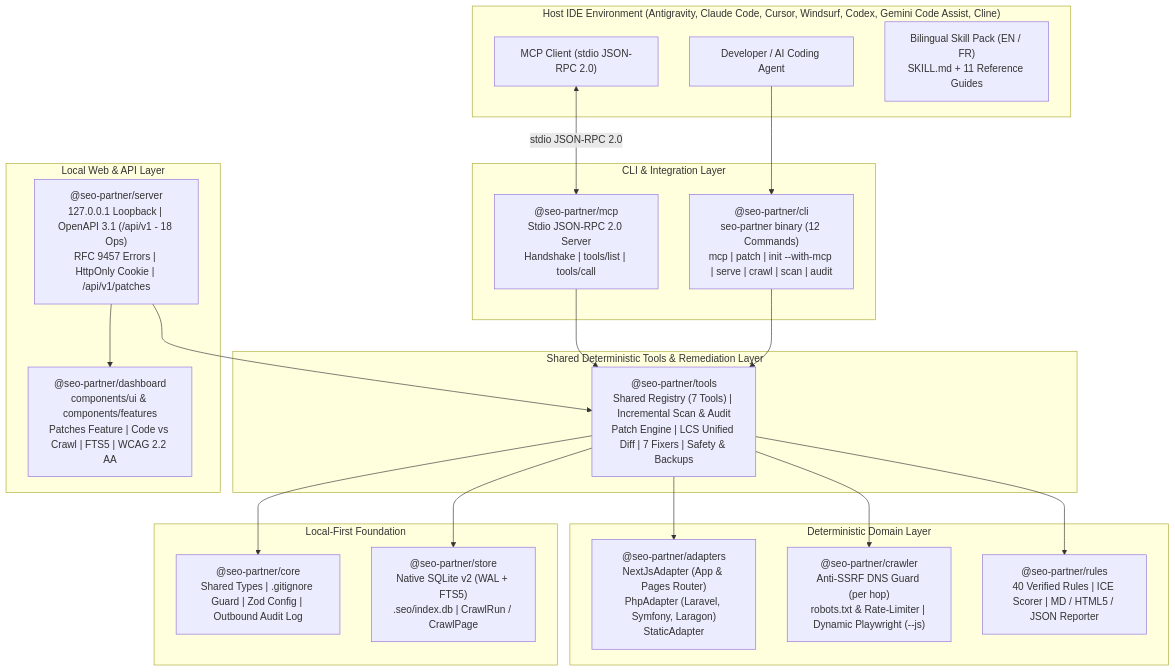
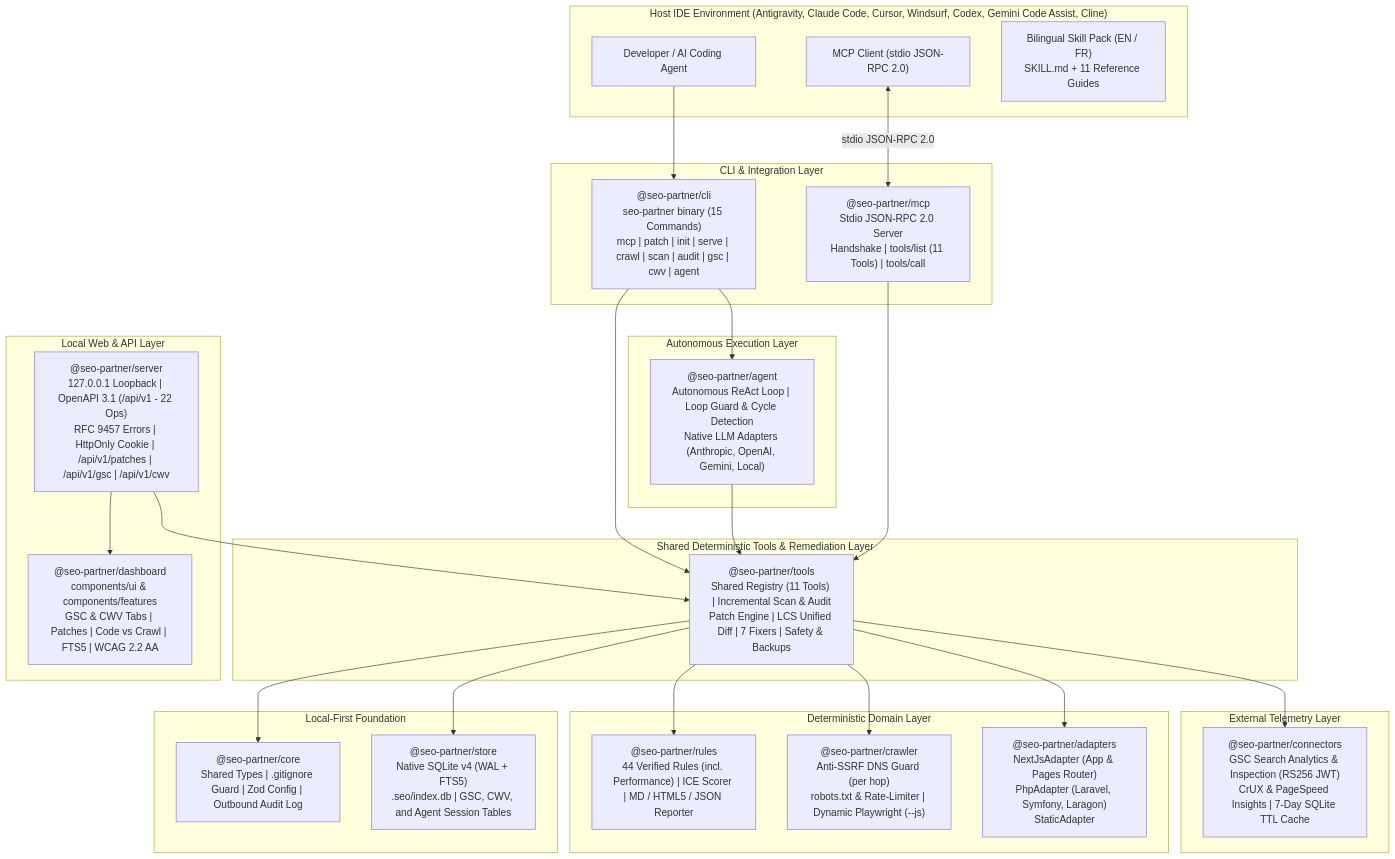
Before and after one commit to Firinze/seo-partner: the diagram in README.md, drawn with Mermaid. The commit also changed other lines of this file and 67 other files, not shown here.

Commit message:
feat(v0.6): Google Search Console, Core Web Vitals connectors, and autonomous agent loop

````diff
--- a/README.md
+++ b/README.md
@@ -70,45 +74,56 @@
 ```mermaid
 flowchart TB
   subgraph IDE["Host IDE Environment (Antigravity, Claude Code, Cursor, Windsurf, Codex, Gemini Code Assist, Cline)"]
     DEV["Developer / AI Coding Agent"]
     MCP_CLIENT["MCP Client (stdio JSON-RPC 2.0)"]
     SKILL["Bilingual Skill Pack (EN / FR)\nSKILL.md + 11 Reference Guides"]
   end
 
   subgraph CLI_LAYER["CLI & Integration Layer"]
-    CLI["@seo-partner/cli\nseo-partner binary (12 Commands)\nmcp | patch | init --with-mcp | serve | crawl | scan | audit"]
-    MCP_PKG["@seo-partner/mcp\nStdio JSON-RPC 2.0 Server\nHandshake | tools/list | tools/call"]
+    CLI["@seo-partner/cli\nseo-partner binary (15 Commands)\nmcp | patch | init | serve | crawl | scan | audit | gsc | cwv | agent"]
+    MCP_PKG["@seo-partner/mcp\nStdio JSON-RPC 2.0 Server\nHandshake | tools/list (11 Tools) | tools/call"]
+  end
+
+  subgraph AGENT_LAYER["Autonomous Execution Layer"]
+    AGENT["@seo-partner/agent\nAutonomous ReAct Loop | Loop Guard & Cycle Detection\nNative LLM Adapters (Anthropic, OpenAI, Gemini, Local)"]
   end
 
   subgraph TOOLS_LAYER["Shared Deterministic Tools & Remediation Layer"]
-    TOOLS["@seo-partner/tools\nShared Registry (7 Tools) | Incremental Scan & Audit\nPatch Engine | LCS Unified Diff | 7 Fixers | Safety & Backups"]
+    TOOLS["@seo-partner/tools\nShared Registry (11 Tools) | Incremental Scan & Audit\nPatch Engine | LCS Unified Diff | 7 Fixers | Safety & Backups"]
+  end
+
+  subgraph CONNECTORS_LAYER["External Telemetry Layer"]
+    CONNECTORS["@seo-partner/connectors\nGSC Search Analytics & Inspection (RS256 JWT)\nCrUX & PageSpeed Insights | 7-Day SQLite TTL Cache"]
   end
 
   subgraph WEB_LAYER["Local Web & API Layer"]
-    SERVER["@seo-partner/server\n127.0.0.1 Loopback | OpenAPI 3.1 (/api/v1 - 18 Ops)\nRFC 9457 Errors | HttpOnly Cookie | /api/v1/patches"]
-    DASHBOARD["@seo-partner/dashboard\ncomponents/ui & components/features\nPatches Feature | Code vs Crawl | FTS5 | WCAG 2.2 AA"]
+    SERVER["@seo-partner/server\n127.0.0.1 Loopback | OpenAPI 3.1 (/api/v1 - 22 Ops)\nRFC 9457 Errors | HttpOnly Cookie | /api/v1/patches | /api/v1/gsc | /api/v1/cwv"]
+    DASHBOARD["@seo-partner/dashboard\ncomponents/ui & components/features\nGSC & CWV Tabs | Patches | Code vs Crawl | FTS5 | WCAG 2.2 AA"]
   end
 
   subgraph ENGINE_LAYER["Deterministic Domain Layer"]
     ADAPTERS["@seo-partner/adapters\nNextJsAdapter (App & Pages Router)\nPhpAdapter (Laravel, Symfony, Laragon)\nStaticAdapter"]
     CRAWLER["@seo-partner/crawler\nAnti-SSRF DNS Guard (per hop)\nrobots.txt & Rate-Limiter | Dynamic Playwright (--js)"]
-    RULES["@seo-partner/rules\n40 Verified Rules | ICE Scorer | MD / HTML5 / JSON Reporter"]
+    RULES["@seo-partner/rules\n44 Verified Rules (incl. Performance) | ICE Scorer | MD / HTML5 / JSON Reporter"]
   end
 
   subgraph FOUNDATION_LAYER["Local-First Foundation"]
     CORE["@seo-partner/core\nShared Types | .gitignore Guard | Zod Config | Outbound Audit Log"]
-    STORE["@seo-partner/store\nNative SQLite v2 (WAL + FTS5)\n.seo/index.db | CrawlRun / CrawlPage"]
+    STORE["@seo-partner/store\nNative SQLite v4 (WAL + FTS5)\n.seo/index.db | GSC, CWV, and Agent Session Tables"]
   end
 
   DEV --> CLI
+  CLI --> AGENT
+  AGENT --> TOOLS
   MCP_CLIENT <-->|stdio JSON-RPC 2.0| MCP_PKG
   MCP_PKG --> TOOLS
   CLI --> TOOLS
   SERVER --> TOOLS
   SERVER --> DASHBOARD
+  TOOLS --> CONNECTORS
   TOOLS --> ADAPTERS
   TOOLS --> CRAWLER
   TOOLS --> RULES
   TOOLS --> STORE
   TOOLS --> CORE
 ```
````
